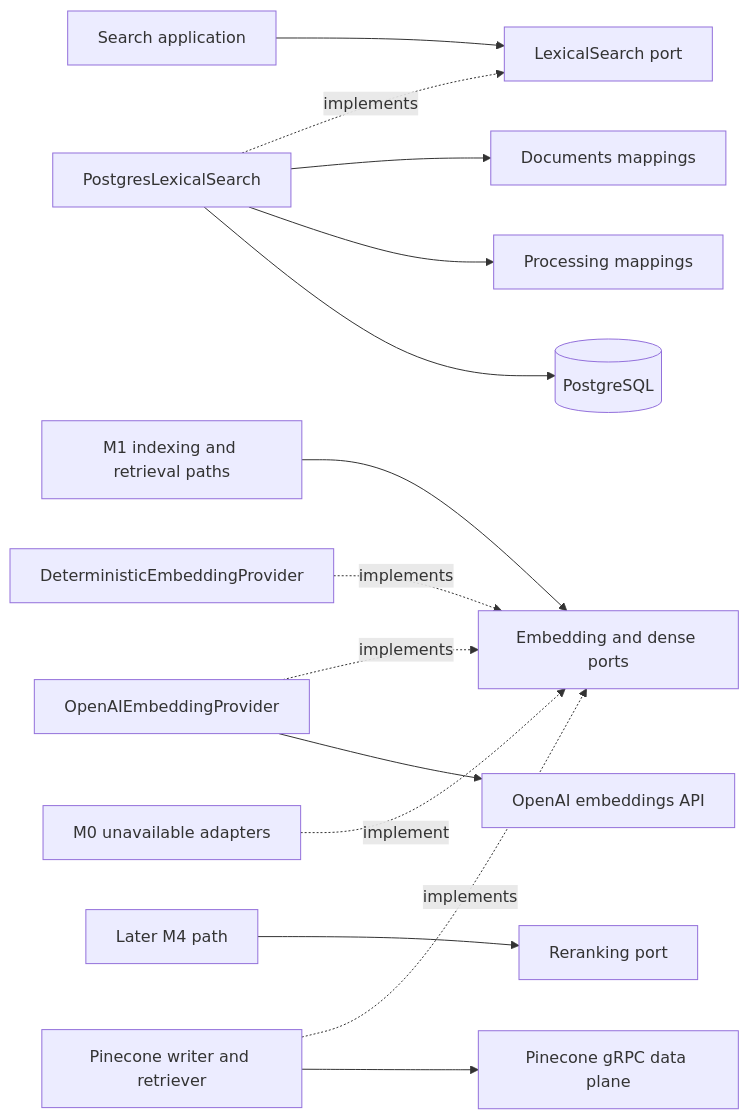
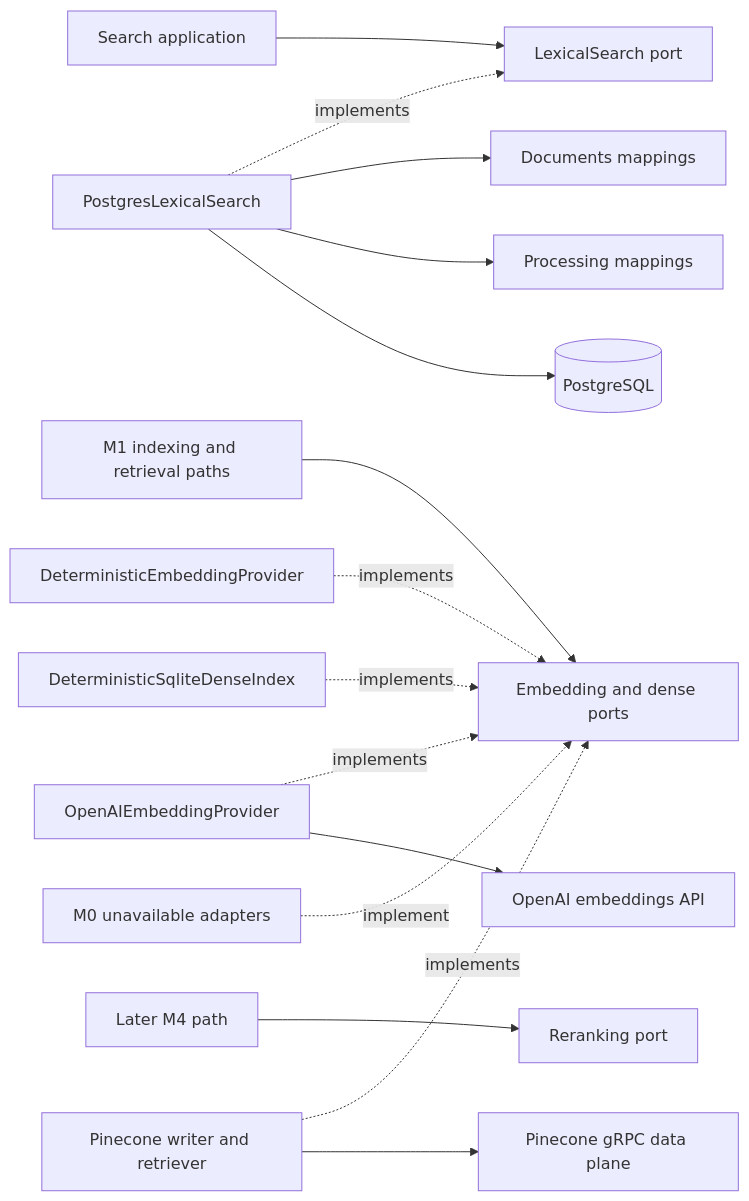
One commit to rnkraus/investment-research changed the diagram in backend/src/investment_research/infrastructure/search/README.md. Above: the diagram before and after it, drawn with Mermaid. The commit also changed other lines of this file and 2 other files, not shown here.

First line of the commit message:
test(search): add deterministic dense index

````diff
--- a/backend/src/investment_research/infrastructure/search/README.md
+++ b/backend/src/investment_research/infrastructure/search/README.md
@@ -19,17 +20,18 @@
 ```mermaid
 flowchart LR
     APP[Search application] --> PORT[LexicalSearch port]
     PG[PostgresLexicalSearch] -. implements .-> PORT
     PG --> DOCS[Documents mappings]
     PG --> PROCESSING[Processing mappings]
     PG --> DB[(PostgreSQL)]
 
     M1[M1 indexing and retrieval paths] --> PROVIDER_PORTS[Embedding and dense ports]
     FUTURE[Later M4 path] --> RERANK[Reranking port]
     DETERMINISTIC[DeterministicEmbeddingProvider] -. implements .-> PROVIDER_PORTS
+    TESTINDEX[DeterministicSqliteDenseIndex] -. implements .-> PROVIDER_PORTS
     OPENAI[OpenAIEmbeddingProvider] -. implements .-> PROVIDER_PORTS
     OPENAI --> OPENAI_API[OpenAI embeddings API]
     PINECONE[Pinecone writer and retriever] -. implements .-> PROVIDER_PORTS
     PINECONE --> GRPC[Pinecone gRPC data plane]
     UNAVAILABLE[M0 unavailable adapters] -. implement .-> PROVIDER_PORTS
 ```
````
